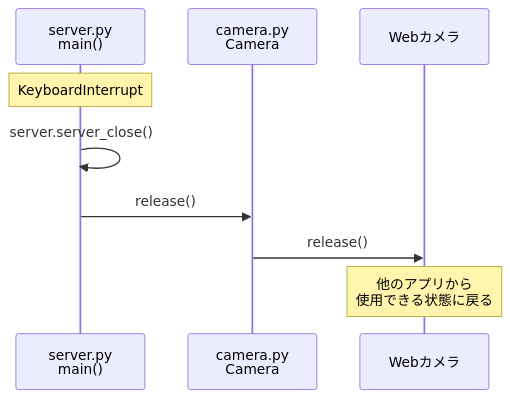
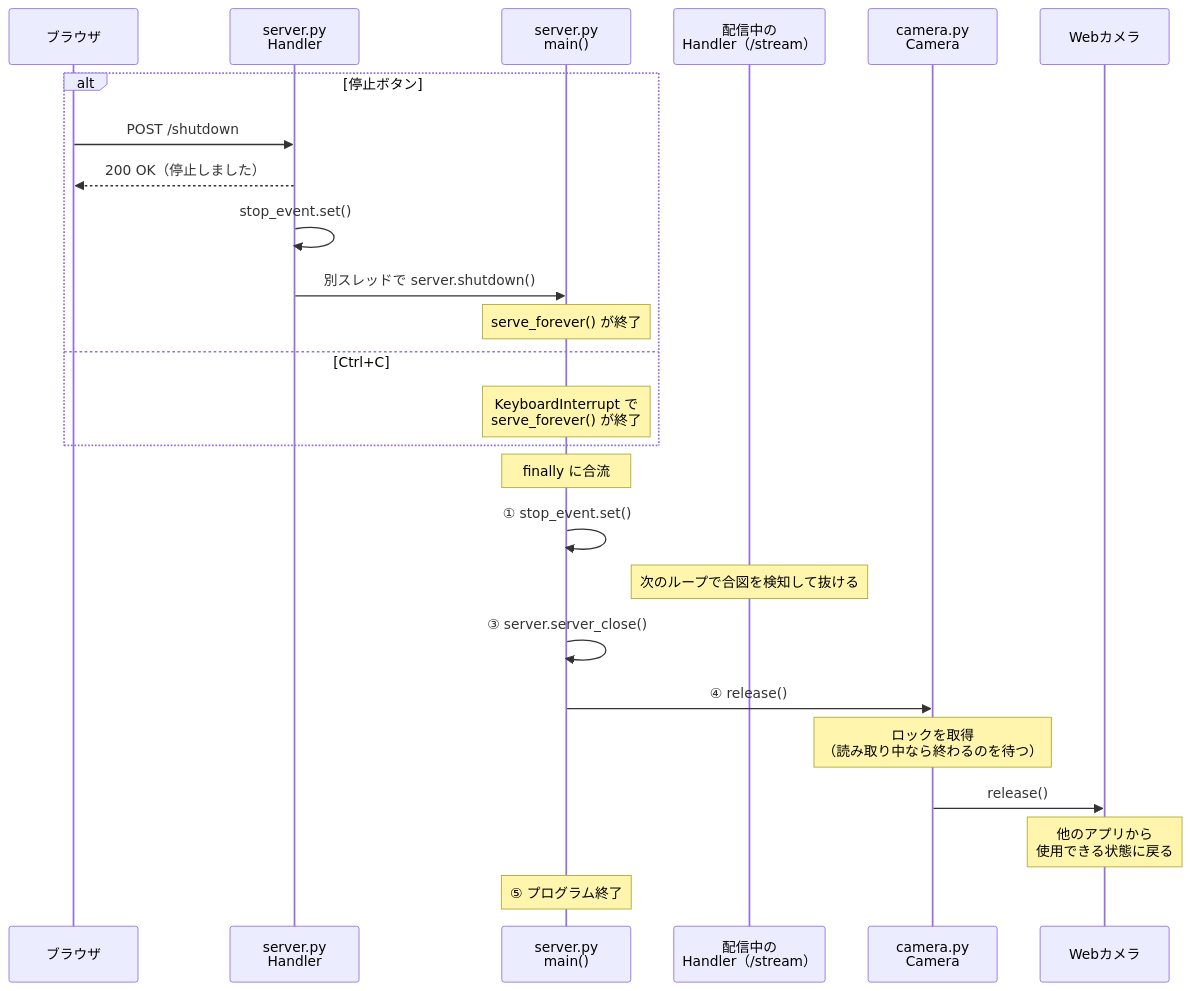
Before and after one commit to shinonome404/webcam-vision: the fourth of 4 diagrams in local/EXPLANATION.md, drawn with Mermaid. The commit also changed other lines of this file and 3 other files, not shown here.

````diff
--- a/local/EXPLANATION.md
+++ b/local/EXPLANATION.md
@@ -95,12 +97,29 @@
 ```mermaid
 sequenceDiagram
+    participant B as ブラウザ
+    participant H as server.py<br/>Handler
     participant Main as server.py<br/>main()
+    participant S as 配信中の<br/>Handler（/stream）
     participant Cam as camera.py<br/>Camera
     participant Dev as Webカメラ
 
-    Note over Main: KeyboardInterrupt
-    Main->>Main: server.server_close()
-    Main->>Cam: release()
+    alt 停止ボタン
+        B->>H: POST /shutdown
+        H-->>B: 200 OK（停止しました）
+        H->>H: stop_event.set()
+        H->>Main: 別スレッドで server.shutdown()
+        Note over Main: serve_forever() が終了
+    else Ctrl+C
+        Note over Main: KeyboardInterrupt で<br/>serve_forever() が終了
+    end
+
+    Note over Main: finally に合流
+    Main->>Main: ① stop_event.set()
+    Note over S: 次のループで合図を検知して抜ける
+    Main->>Main: ③ server.server_close()
+    Main->>Cam: ④ release()
+    Note over Cam: ロックを取得<br/>（読み取り中なら終わるのを待つ）
     Cam->>Dev: release()
     Note over Dev: 他のアプリから<br/>使用できる状態に戻る
+    Note over Main: ⑤ プログラム終了
 ```
````
